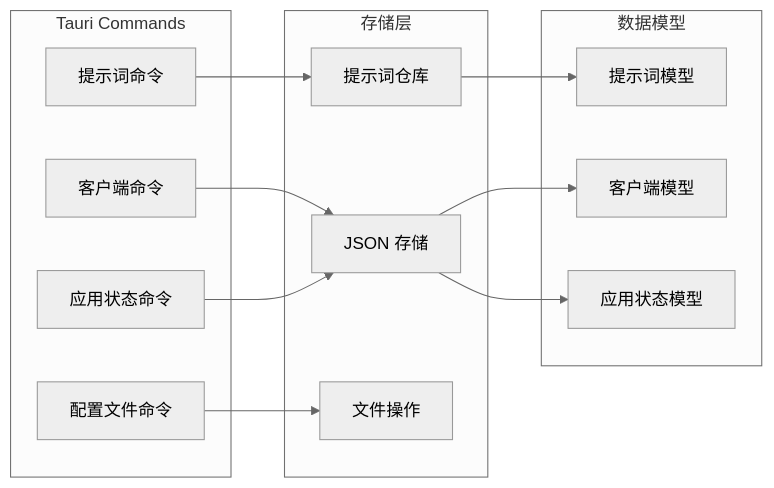
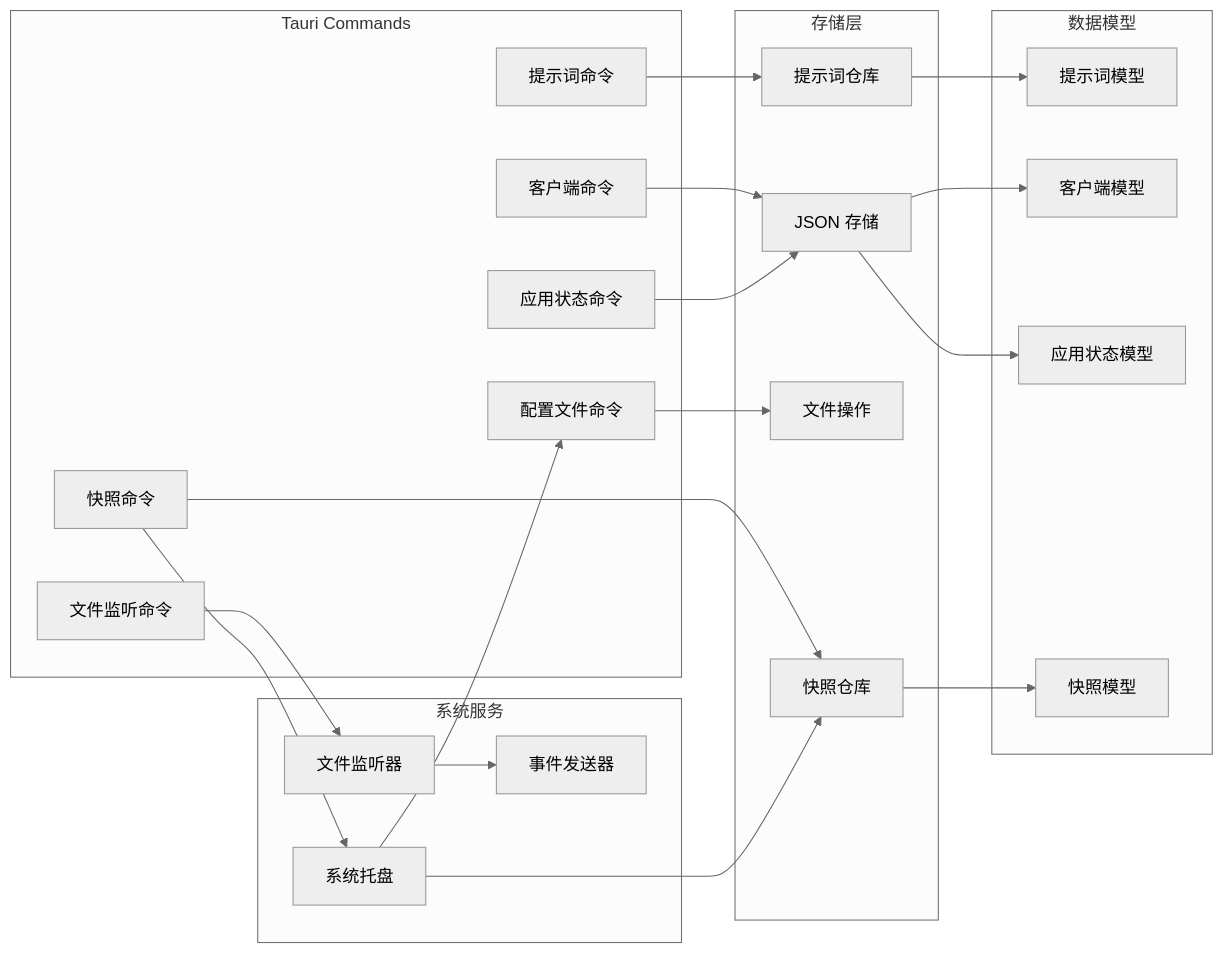
Before and after one commit to ppyyr/SystemPromptVault: the third of 3 diagrams in llmdoc/architecture/systemprompt-vault-architecture.md, drawn with Mermaid (neutral theme). The commit also changed other lines of this file and 29 other files, not shown here.

````diff
--- a/llmdoc/architecture/systemprompt-vault-architecture.md
+++ b/llmdoc/architecture/systemprompt-vault-architecture.md
@@ -116,30 +136,48 @@
 ```mermaid
 graph LR
     subgraph "Tauri Commands"
         PromptCmd[提示词命令]
         ClientCmd[客户端命令]
         ConfigCmd[配置文件命令]
         AppStateCmd[应用状态命令]
+        SnapshotCmd[快照命令]
+        FileWatcherCmd[文件监听命令]
     end
 
     subgraph "存储层"
         PromptRepo[提示词仓库]
         JsonStore[JSON 存储]
         FileIO[文件操作]
+        SnapshotRepo[快照仓库]
+    end
+
+    subgraph "系统服务"
+        FileWatcher[文件监听器]
+        TrayMenu[系统托盘]
+        EventEmit[事件发送器]
     end
 
     subgraph "数据模型"
         Prompt[提示词模型]
         Client[客户端模型]
         AppState[应用状态模型]
+        Snapshot[快照模型]
     end
 
     PromptCmd --> PromptRepo
     ClientCmd --> JsonStore
     ConfigCmd --> FileIO
     AppStateCmd --> JsonStore
+    SnapshotCmd --> SnapshotRepo
+    FileWatcherCmd --> FileWatcher
 
     PromptRepo --> Prompt
     JsonStore --> Client
     JsonStore --> AppState
+    SnapshotRepo --> Snapshot
+
+    FileWatcher --> EventEmit
+    SnapshotCmd --> TrayMenu
+    TrayMenu --> SnapshotRepo
+    TrayMenu --> ConfigCmd
 ```
````
